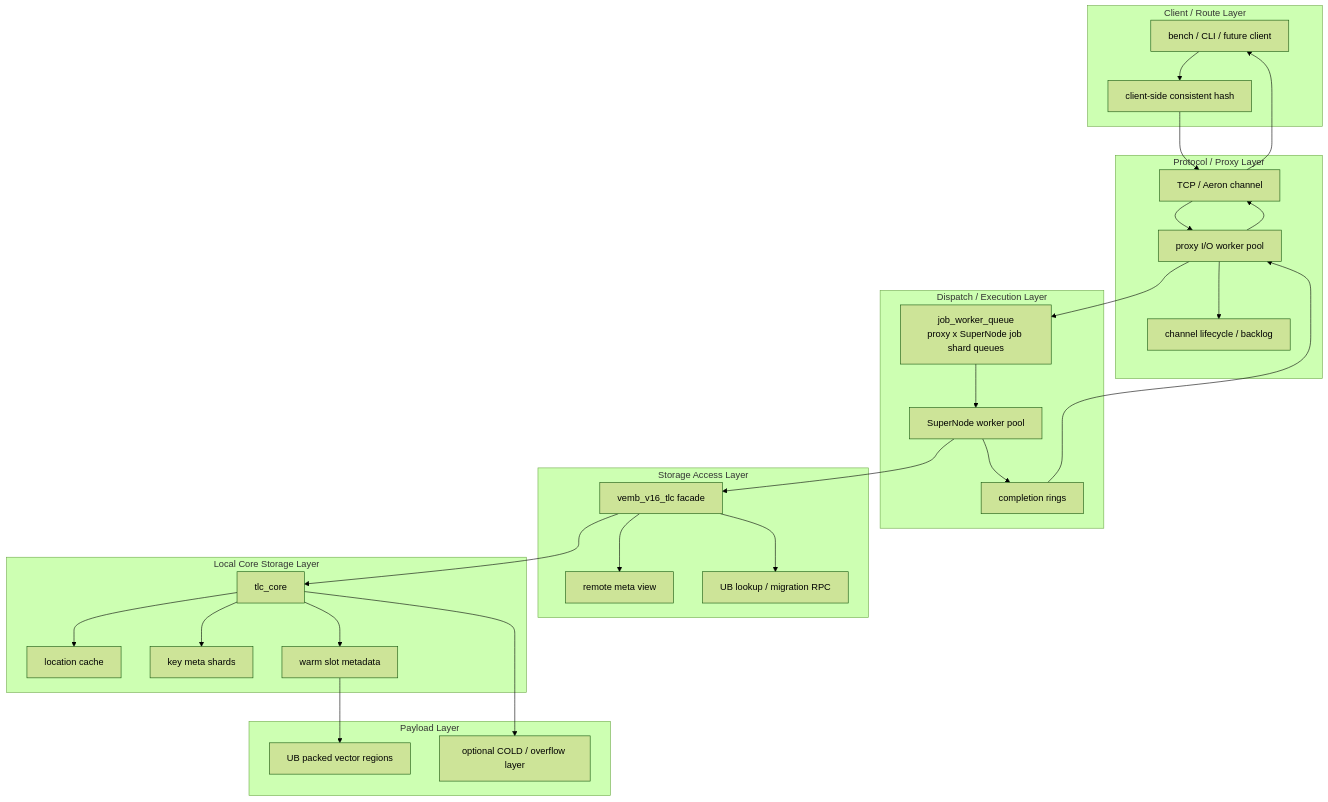
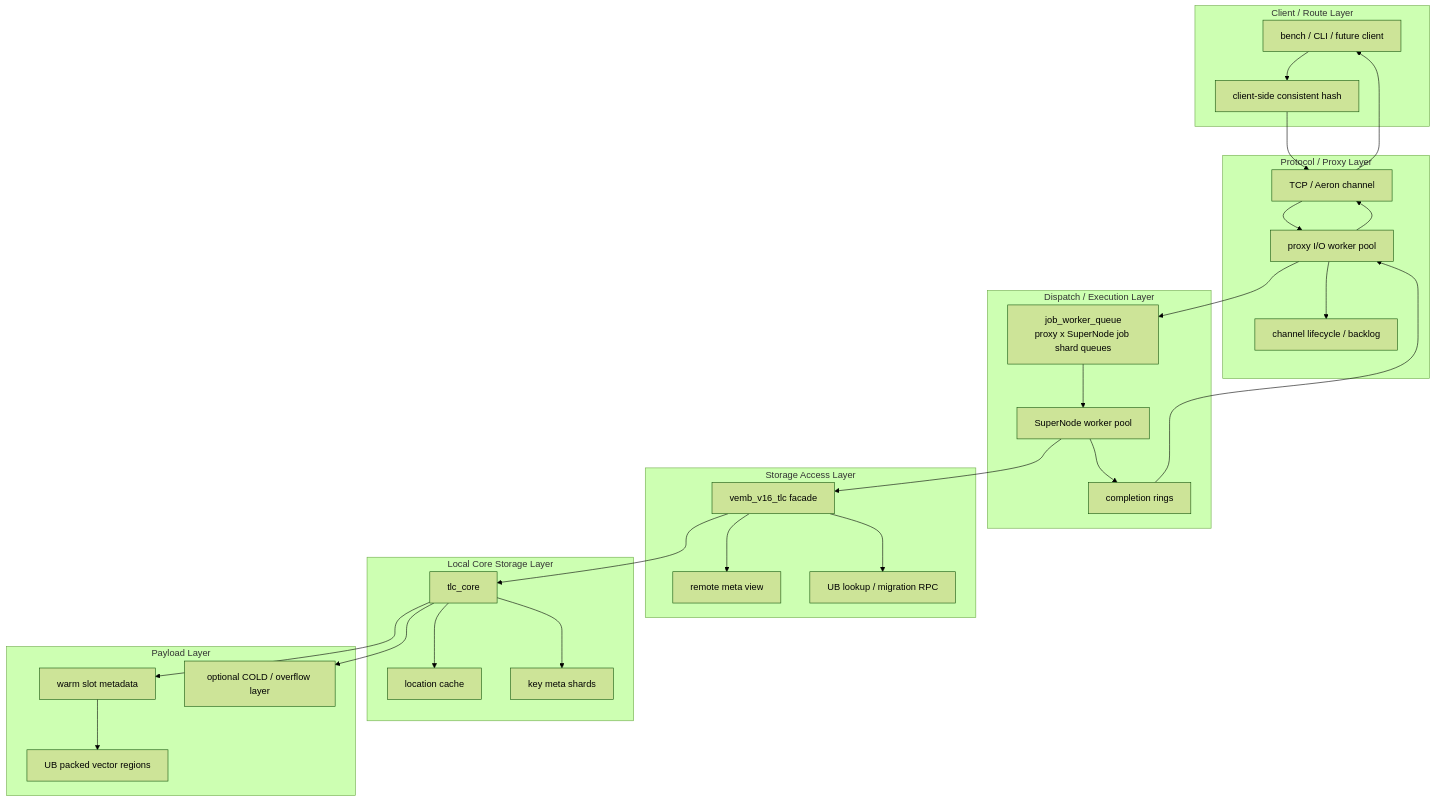
One commit to jialiuyu/redis changed the first of 4 diagrams in docs/HPC_REDIS_ENGINE_ARCHITECTURE_DESIGN.md. Above: the diagram before and after it, drawn with Mermaid (forest theme). The commit also changed other lines of this file and 10 other files, not shown here.

Commit message:
feat: refine HPC-Redis architecture and scaleout paths

````diff
--- a/docs/HPC_REDIS_ENGINE_ARCHITECTURE_DESIGN.md
+++ b/docs/HPC_REDIS_ENGINE_ARCHITECTURE_DESIGN.md
@@ -54,52 +67,52 @@
 ```mermaid
 flowchart TB
     subgraph L0[Client / Route Layer]
         C[bench / CLI / future client]
         HR[client-side consistent hash]
     end
 
     subgraph L1[Protocol / Proxy Layer]
         TCP[TCP / Aeron channel]
         P[proxy I/O worker pool]
         CH[channel lifecycle / backlog]
     end
 
     subgraph L2[Dispatch / Execution Layer]
         Q[job_worker_queue<br/>proxy x SuperNode job shard queues]
         SN[SuperNode worker pool]
         CP[completion rings]
     end
 
     subgraph L3[Storage Access Layer]
         TLC[vemb_v16_tlc facade]
         RM[remote meta view]
         RPC[UB lookup / migration RPC]
     end
 
     subgraph L4[Local Core Storage Layer]
         CORE[tlc_core]
         LC[location cache]
         KM[key meta shards]
-        WM[warm slot metadata]
     end
 
     subgraph L5[Payload Layer]
+        WM[warm slot metadata]
         UB[UB packed vector regions]
         COLD[optional COLD / overflow layer]
     end
 
     C --> HR --> TCP --> P
     P --> CH
     P --> Q --> SN
     SN --> TLC
     TLC --> CORE
     TLC --> RM
     TLC --> RPC
     CORE --> LC
     CORE --> KM
     CORE --> WM
     WM --> UB
     CORE --> COLD
     SN --> CP --> P
     P --> TCP --> C
 ```
````
